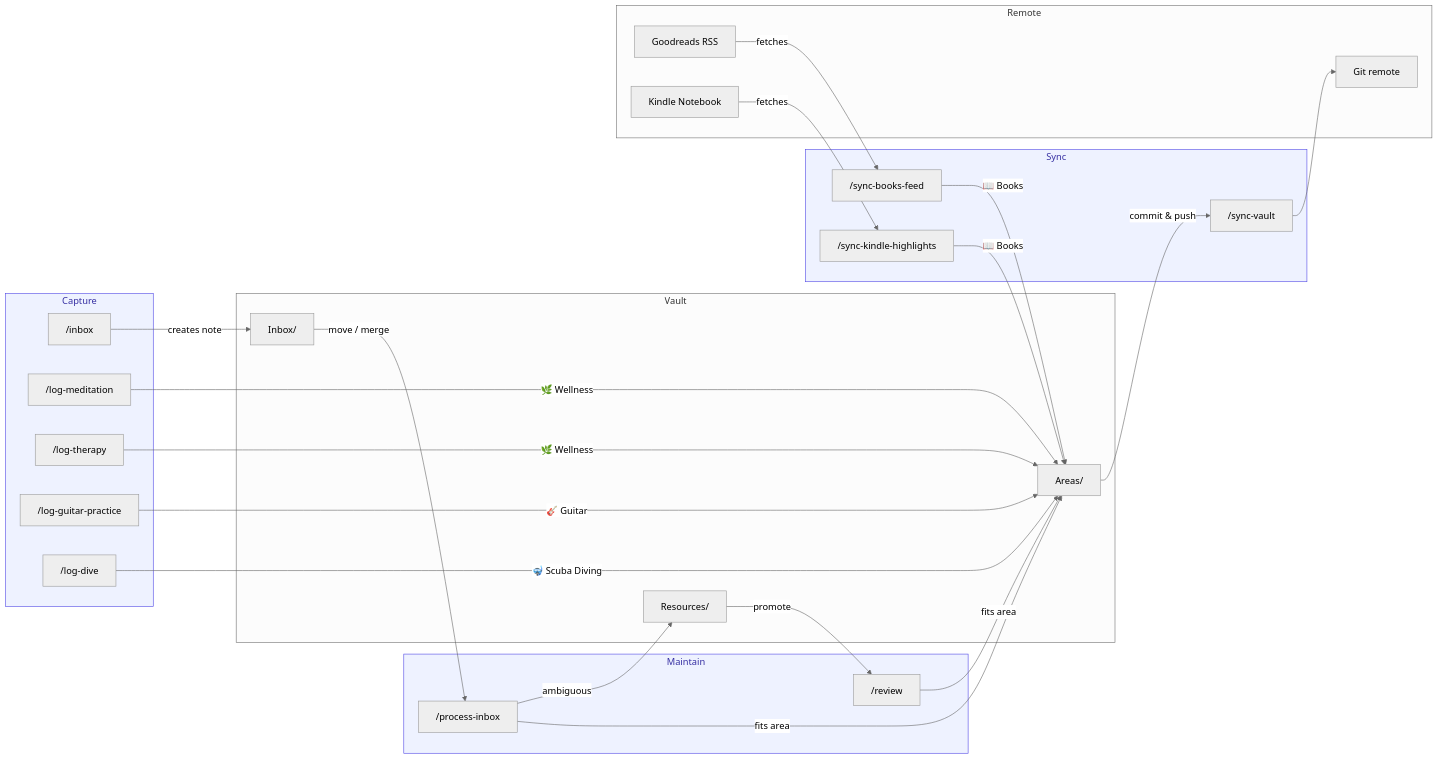
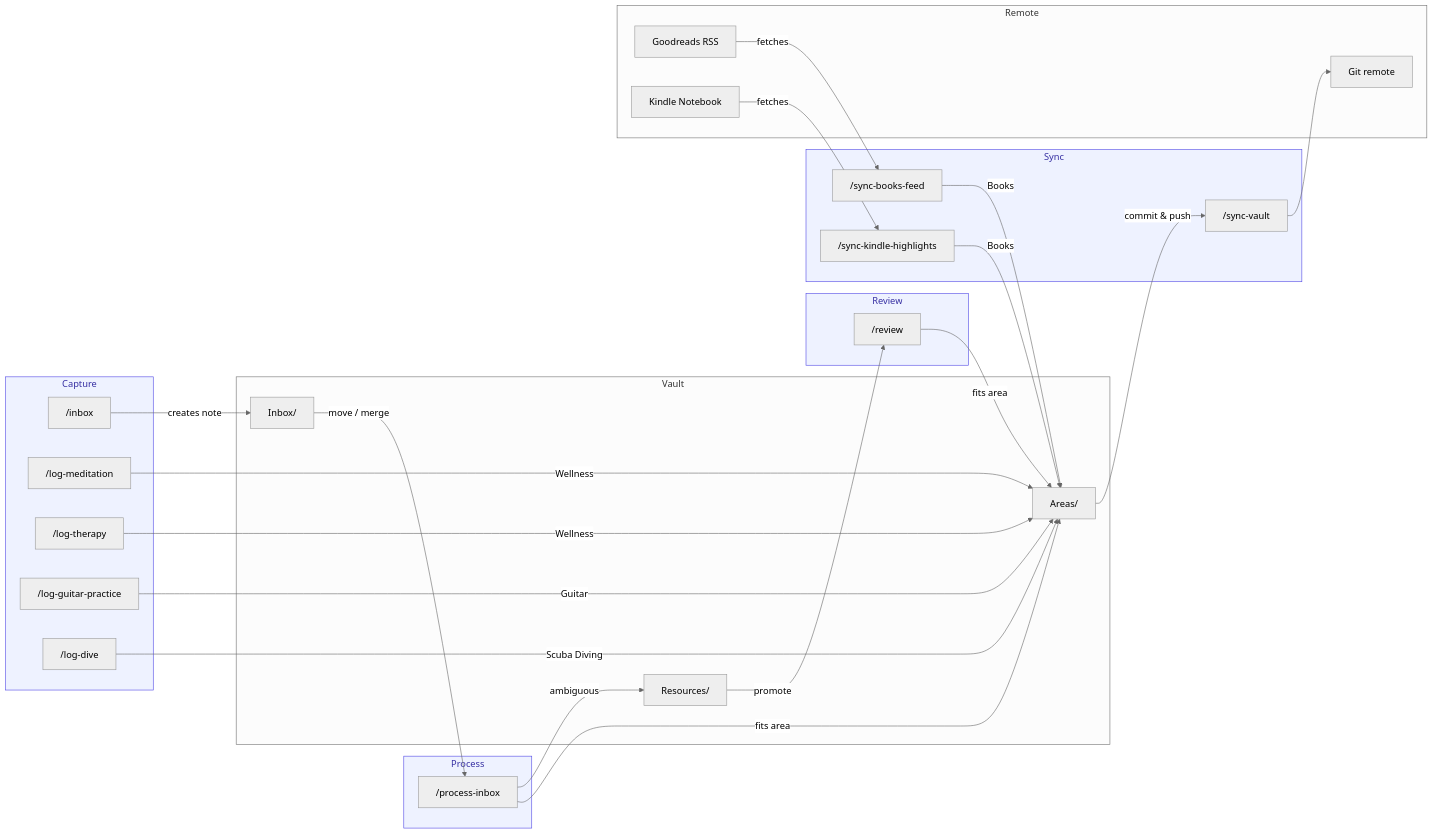
One commit to le4ker/blog changed the second of 2 diagrams in _posts/2026-05-30-mneme.md. Above: the diagram before and after it, drawn with Mermaid (neutral theme). The commit also changed other lines of this file, not shown here.

````diff
--- a/_posts/2026-05-30-mneme.md
+++ b/_posts/2026-05-30-mneme.md
@@ -104,54 +88,58 @@
 ```mermaid!
 flowchart LR
     subgraph capture ["Capture"]
         inbox["/inbox"]
         logmed["/log-meditation"]
         logtherapy["/log-therapy"]
         logguitar["/log-guitar-practice"]
         logdive["/log-dive"]
     end
 
-    subgraph maintain ["Maintain"]
+    subgraph process ["Process"]
         processinbox["/process-inbox"]
-        review["/review"]
+    end
+
+    subgraph reviewsg ["Review"]
+        reviewcmd["/review"]
     end
 
     subgraph sync ["Sync"]
         syncbooks["/sync-books-feed"]
         synckindle["/sync-kindle-highlights"]
         syncvault["/sync-vault"]
     end
 
     subgraph vault ["Vault"]
         Inbox["Inbox/"]
         Areas["Areas/"]
         Resources["Resources/"]
     end
 
     subgraph remote ["Remote"]
         Goodreads["Goodreads RSS"]
         Kindle["Kindle Notebook"]
         Git["Git remote"]
     end
 
     style capture fill:#eef2ff,stroke:#4f46e5,color:#3730a3
-    style maintain fill:#eef2ff,stroke:#4f46e5,color:#3730a3
+    style process fill:#eef2ff,stroke:#4f46e5,color:#3730a3
+    style reviewsg fill:#eef2ff,stroke:#4f46e5,color:#3730a3
     style sync fill:#eef2ff,stroke:#4f46e5,color:#3730a3
 
     inbox -->|"creates note"| Inbox
-    logmed -->|"🌿 Wellness"| Areas
-    logtherapy -->|"🌿 Wellness"| Areas
-    logguitar -->|"🎸 Guitar"| Areas
-    logdive -->|"🤿 Scuba Diving"| Areas
+    logmed -->|"Wellness"| Areas
+    logtherapy -->|"Wellness"| Areas
+    logguitar -->|"Guitar"| Areas
+    logdive -->|"Scuba Diving"| Areas
     Inbox -->|"move / merge"| processinbox
     processinbox -->|"fits area"| Areas
     processinbox -->|"ambiguous"| Resources
-    Resources -->|"promote"| review
-    review -->|"fits area"| Areas
+    Resources -->|"promote"| reviewcmd
+    reviewcmd -->|"fits area"| Areas
     Goodreads -->|"fetches"| syncbooks
-    syncbooks -->|"📖 Books"| Areas
+    syncbooks -->|"Books"| Areas
     Kindle -->|"fetches"| synckindle
-    synckindle -->|"📖 Books"| Areas
+    synckindle -->|"Books"| Areas
     Areas -->|"commit & push"| syncvault
     syncvault --> Git
 ```
````
